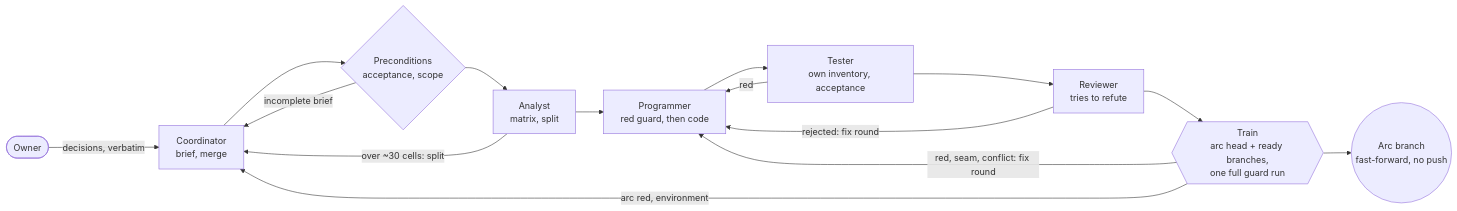
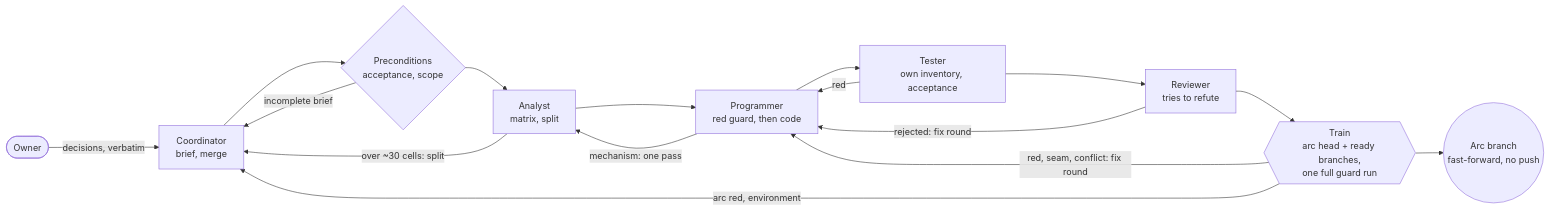
The diagram in README.md (VSAVENKOV88/codis-agents), drawn with Mermaid before and after one commit. The commit also changed other lines of this file and 7 other files, not shown here.

````diff
--- a/README.md
+++ b/README.md
@@ -37,17 +37,18 @@
 ```mermaid
 flowchart LR
   owner([Owner]) -->|decisions, verbatim| coord[Coordinator<br/>brief, merge]
   coord --> pre{Preconditions<br/>acceptance, scope}
   pre -->|incomplete brief| coord
   pre --> analyst[Analyst<br/>matrix, split]
   analyst -->|over ~30 cells: split| coord
   analyst --> prog[Programmer<br/>red guard, then code]
+  prog -->|mechanism: one pass| analyst
   prog --> tester[Tester<br/>own inventory, acceptance]
   tester -->|red| prog
   tester --> reviewer[Reviewer<br/>tries to refute]
   reviewer -->|rejected: fix round| prog
   reviewer --> train{{Train<br/>arc head + ready branches,<br/>one full guard run}}
   train -->|red, seam, conflict: fix round| prog
   train -->|arc red, environment| coord
   train --> merge((Arc branch<br/>fast-forward, no push))
 ```
````
